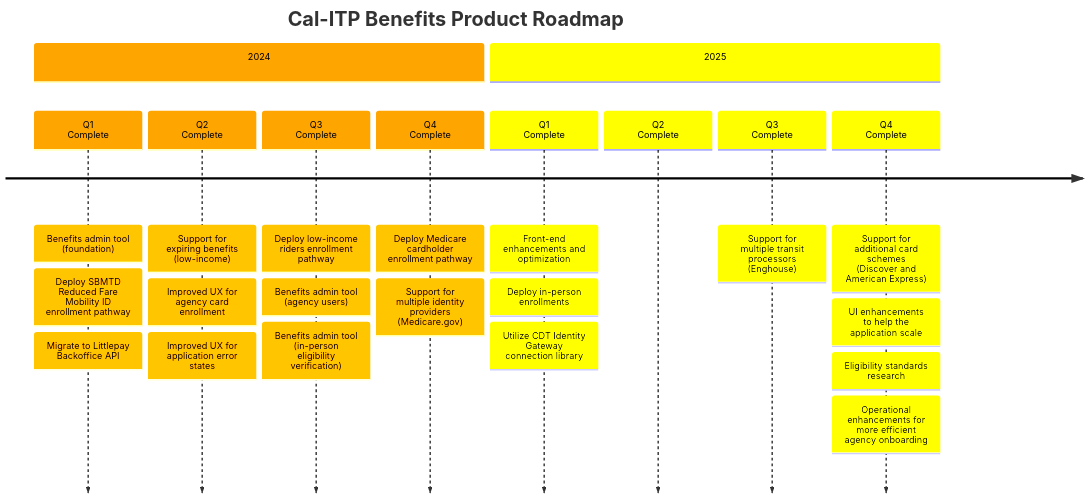
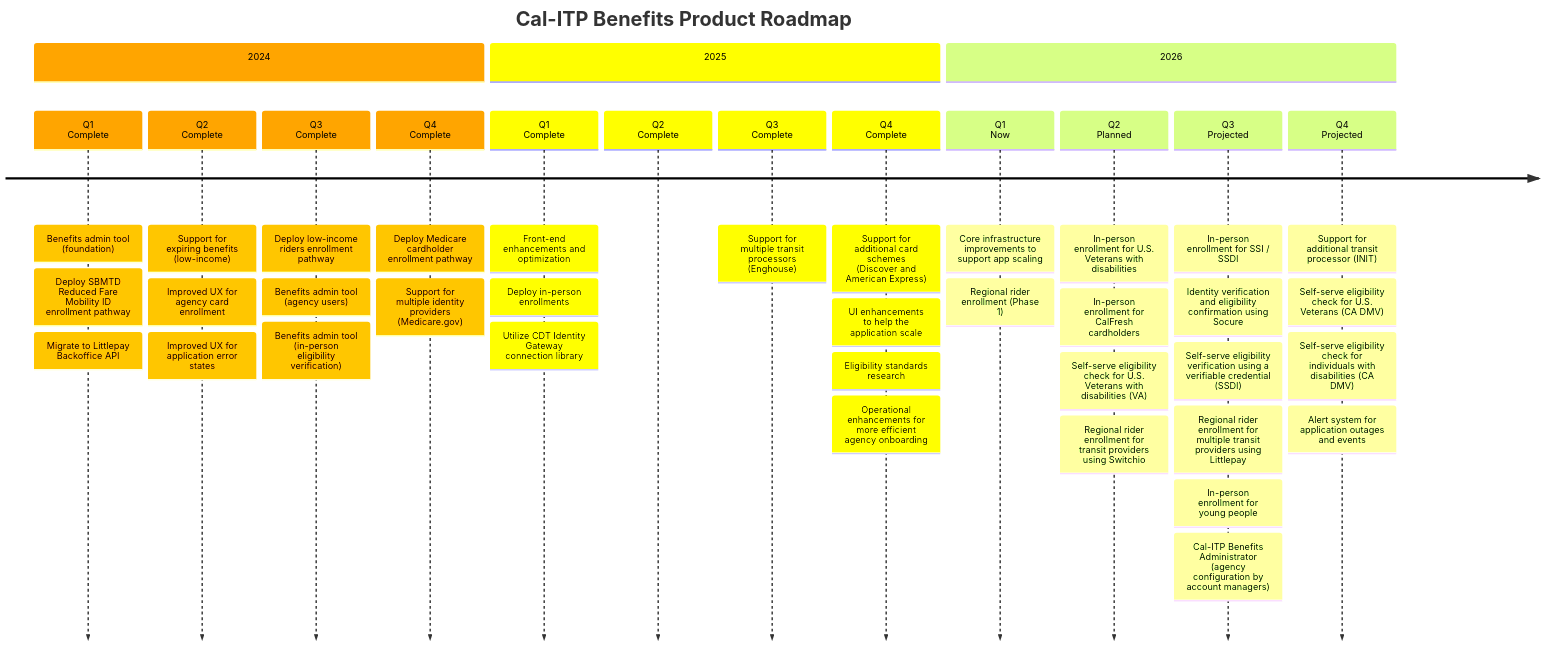
Before and after one commit to cal-itp/benefits: the diagram in docs/index.md, drawn with Mermaid.

Commit message:
docs: adds initial version of the 2026 product roadmap
- Added discreet efforts for the product's evolution in 2026 by quarter

```diff
--- a/docs/index.md
+++ b/docs/index.md
@@ -66,6 +66,35 @@
         : UI enhancements to help the application scale
         : Eligibility standards research
         : Operational enhancements for more efficient agency onboarding
+
+%% Cal-ITP Benefits Epics (2026)
+
+        section 2026
+
+        Q1<br>Now
+        : Core infrastructure improvements to support app scaling
+        : Regional rider enrollment (Phase 1)
+        
+        Q2<br>Planned
+        : In-person enrollment for U.S. Veterans with disabilities
+        : In-person enrollment for CalFresh cardholders
+        : Self-serve eligibility check for U.S. Veterans with disabilities (VA)
+        : Regional rider enrollment for transit providers using Switchio
+
+        Q3<br>Projected
+        : In-person enrollment for SSI / SSDI
+        : Identity verification and eligibility confirmation using Socure
+        : Self-serve eligibility verification using a verifiable credential (SSDI)
+        : Regional rider enrollment for multiple transit providers using Littlepay
+        : In-person enrollment for young people
+        : Cal-ITP Benefits Administrator<br>(agency configuration by account managers)       
+
+        Q4<br>Projected
+        : Support for additional transit processor (INIT)
+        : Self-serve eligibility check for U.S. Veterans (CA DMV)
+        : Self-serve eligibility check for individuals with disabilities (CA DMV)
+        : Alert system for application outages and events
+
 %%{
   init: {
     'logLevel': 'debug',
```
